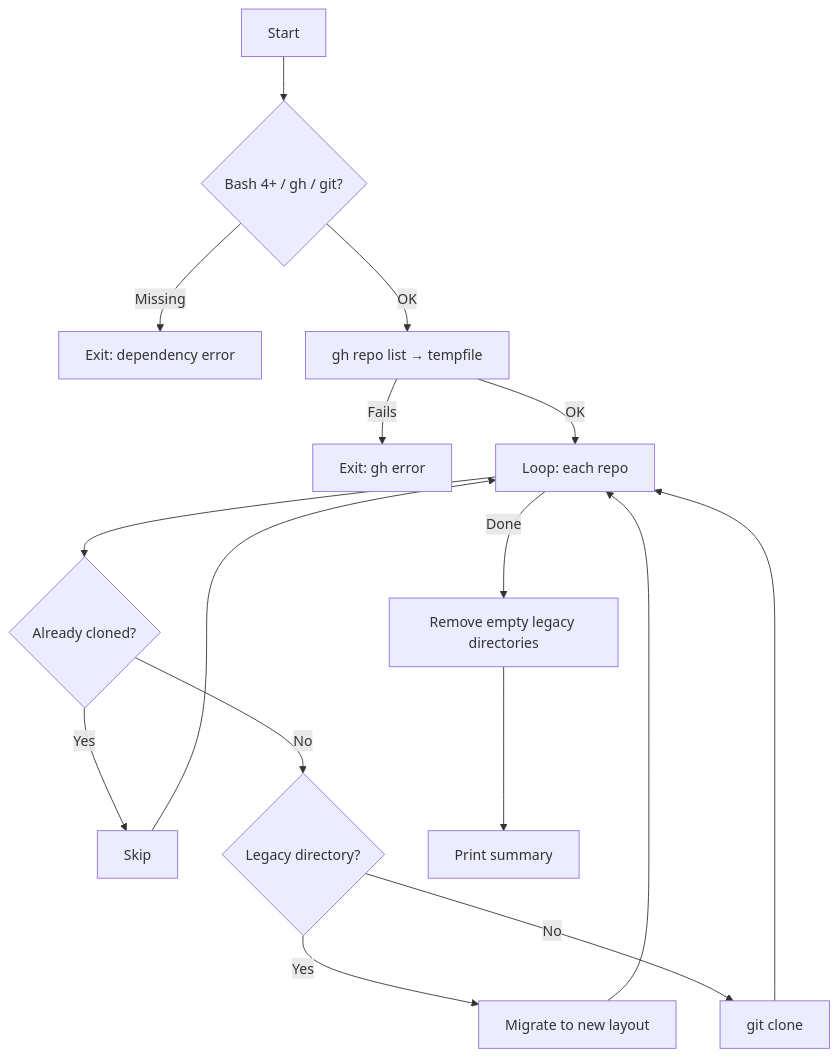
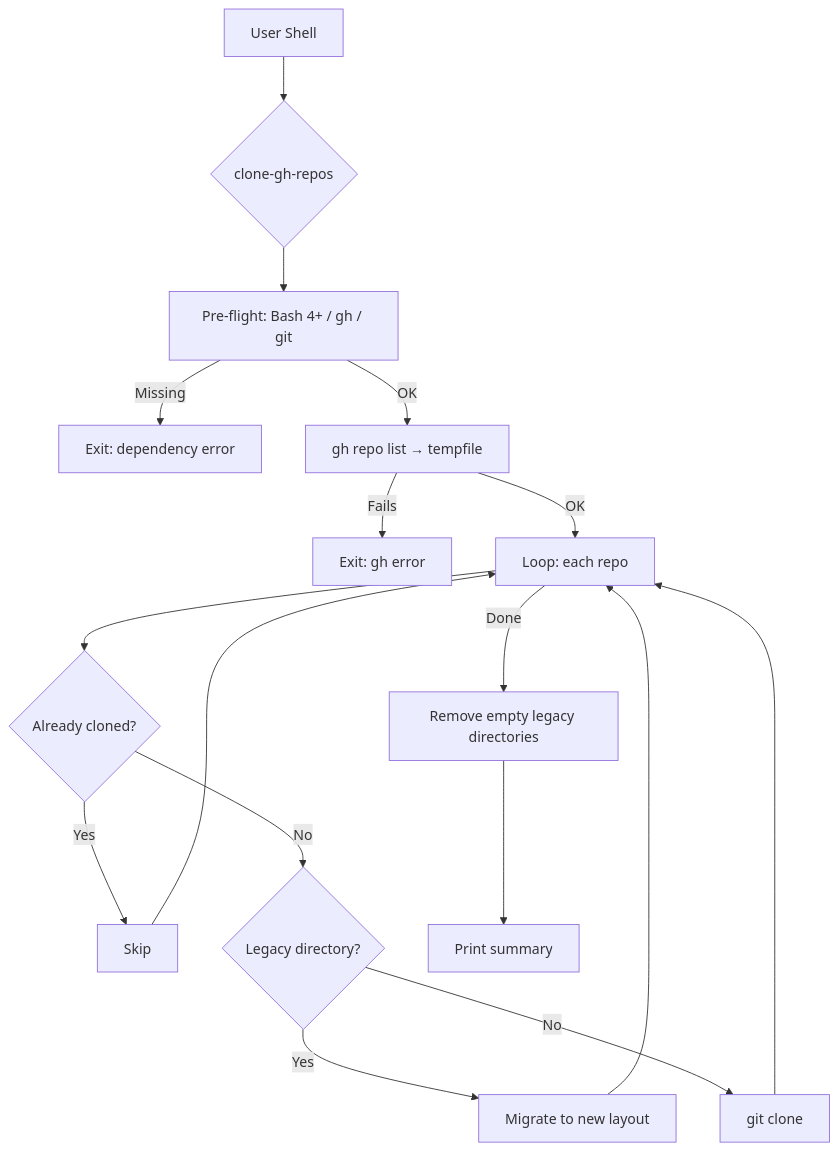
One commit to sebastienrousseau/Corral changed the diagram in README.md. Above: the diagram before and after it, drawn with Mermaid. The commit also changed other lines of this file, not shown here.

First line of the commit message:
Rewrite README to match dotfiles structure and layout

````diff
--- a/README.md
+++ b/README.md
@@ -126,19 +105,17 @@
 ```mermaid
-flowchart TD
-    A[Start] --> B{Bash 4+ / gh / git?}
-    B -- Missing --> Z1[Exit: dependency error]
-    B -- OK --> C[gh repo list → tempfile]
-    C -- Fails --> Z2[Exit: gh error]
-    C -- OK --> D[Loop: each repo]
-
-    D --> E{Already cloned?}
-    E -- Yes --> F[Skip]
-    E -- No --> G{Legacy directory?}
-
-    G -- Yes --> H[Migrate to new layout]
-    G -- No --> I[git clone]
-
-    F & H & I --> D
-    D -- Done --> J[Remove empty legacy directories]
-    J --> K[Print summary]
+graph TD
+    A[User Shell] --> B{clone-gh-repos}
+    B --> C[Pre-flight: Bash 4+ / gh / git]
+    C -- Missing --> Z1[Exit: dependency error]
+    C -- OK --> D[gh repo list → tempfile]
+    D -- Fails --> Z2[Exit: gh error]
+    D -- OK --> E[Loop: each repo]
+    E --> F{Already cloned?}
+    F -- Yes --> G[Skip]
+    F -- No --> H{Legacy directory?}
+    H -- Yes --> I[Migrate to new layout]
+    H -- No --> J[git clone]
+    G & I & J --> E
+    E -- Done --> K[Remove empty legacy directories]
+    K --> L[Print summary]
 ```
````
